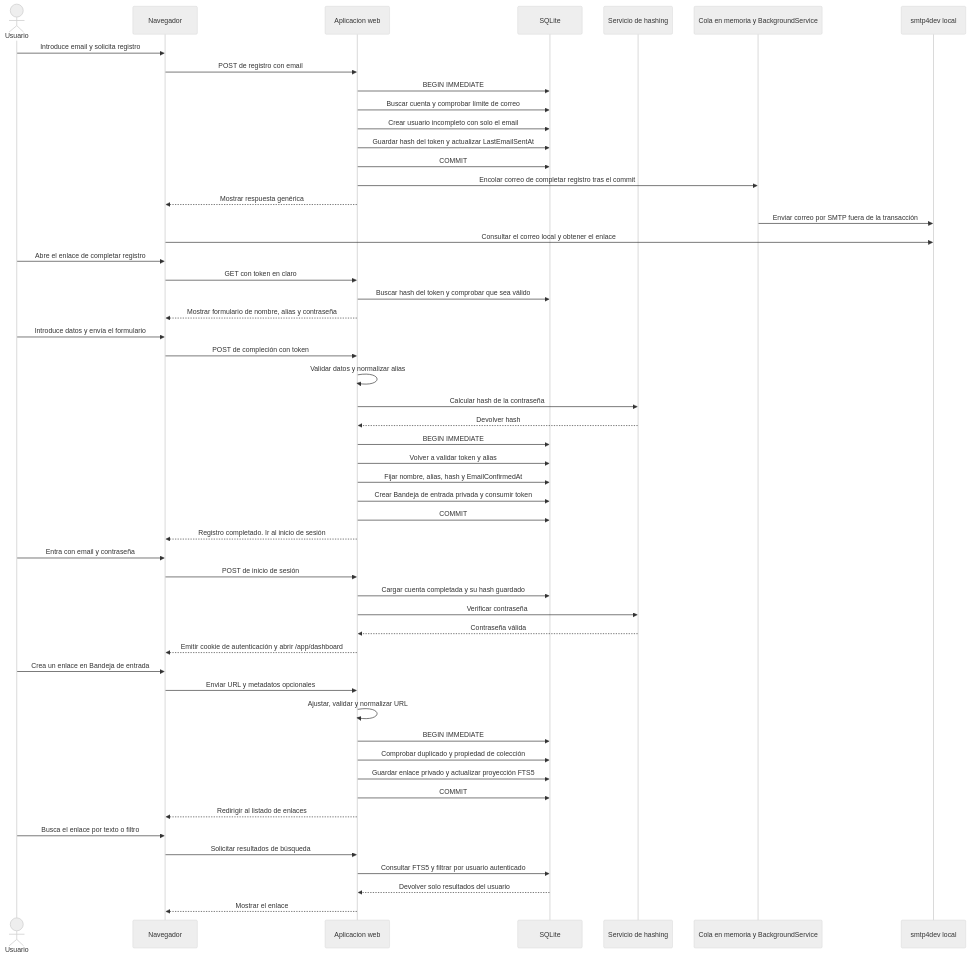
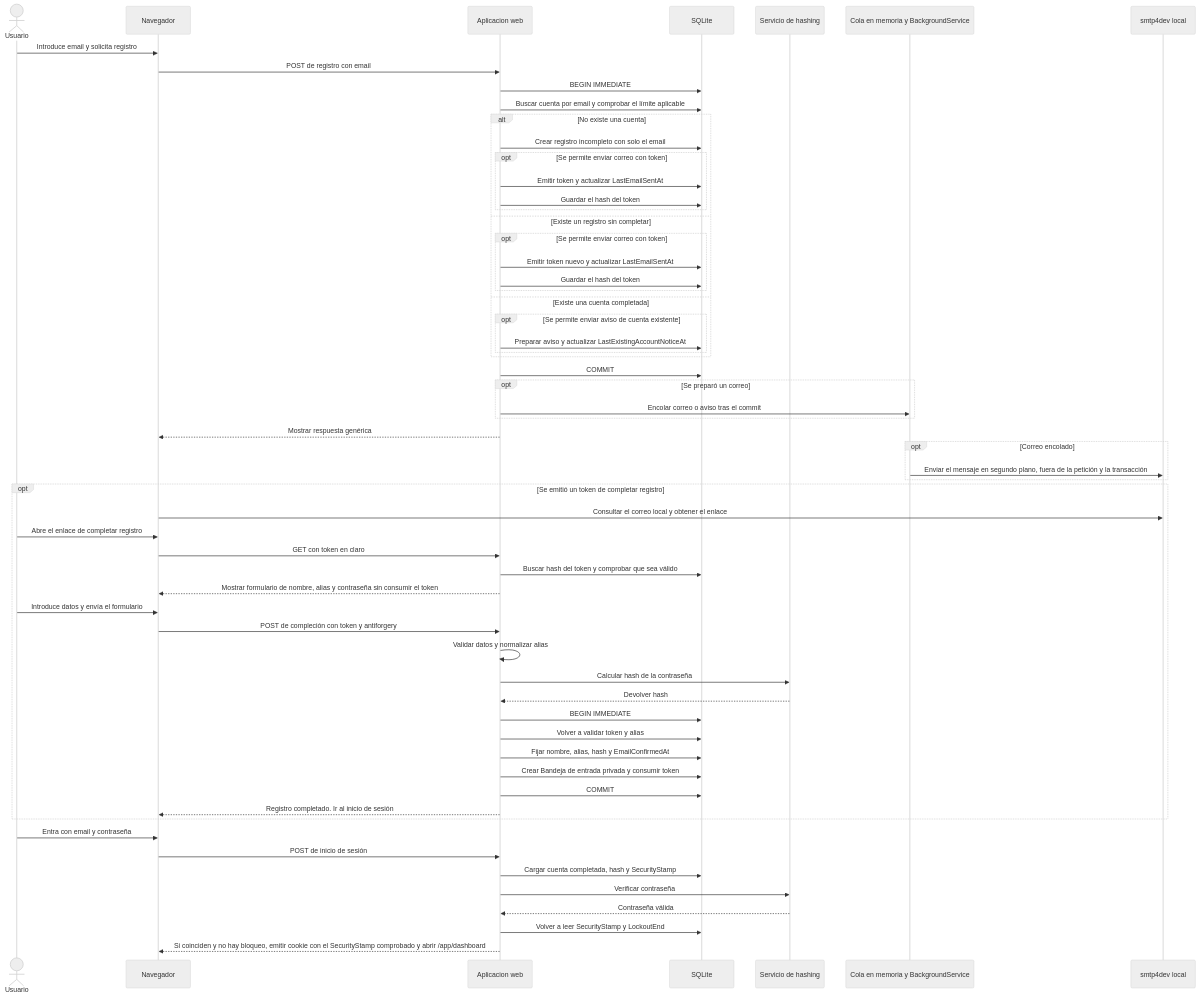
One commit to DaveSoftDev/Linkubator changed the diagram in context/diagrams/account-onboarding-sequence.md. Above: the diagram before and after it, drawn with Mermaid (neutral theme). The commit also changed other lines of this file and 29 other files, not shown here.

````diff
--- a/context/diagrams/account-onboarding-sequence.md
+++ b/context/diagrams/account-onboarding-sequence.md
@@ -5,60 +5,66 @@
 ```mermaid
 sequenceDiagram
     actor User as Usuario
     participant Browser as Navegador
     participant App as Aplicacion web
     participant DB as SQLite
     participant Hasher as Servicio de hashing
     participant MailQueue as Cola en memoria y BackgroundService
     participant SMTP as smtp4dev local
 
     User->>Browser: Introduce email y solicita registro
     Browser->>App: POST de registro con email
     App->>DB: BEGIN IMMEDIATE
-    App->>DB: Buscar cuenta y comprobar límite de correo
-    App->>DB: Crear usuario incompleto con solo el email
-    App->>DB: Guardar hash del token y actualizar LastEmailSentAt
+    App->>DB: Buscar cuenta por email y comprobar el límite aplicable
+    alt No existe una cuenta
+        App->>DB: Crear registro incompleto con solo el email
+        opt Se permite enviar correo con token
+            App->>DB: Emitir token y actualizar LastEmailSentAt
+            App->>DB: Guardar el hash del token
+        end
+    else Existe un registro sin completar
+        opt Se permite enviar correo con token
+            App->>DB: Emitir token nuevo y actualizar LastEmailSentAt
+            App->>DB: Guardar el hash del token
+        end
+    else Existe una cuenta completada
+        opt Se permite enviar aviso de cuenta existente
+            App->>DB: Preparar aviso y actualizar LastExistingAccountNoticeAt
+        end
+    end
     App->>DB: COMMIT
-    App->>MailQueue: Encolar correo de completar registro tras el commit
+    opt Se preparó un correo
+        App->>MailQueue: Encolar correo o aviso tras el commit
+    end
     App-->>Browser: Mostrar respuesta genérica
+    opt Correo encolado
+        MailQueue->>SMTP: Enviar el mensaje en segundo plano, fuera de la petición y la transacción
+    end
 
-    MailQueue->>SMTP: Enviar correo por SMTP fuera de la transacción
-    Browser->>SMTP: Consultar el correo local y obtener el enlace
-    User->>Browser: Abre el enlace de completar registro
-    Browser->>App: GET con token en claro
-    App->>DB: Buscar hash del token y comprobar que sea válido
-    App-->>Browser: Mostrar formulario de nombre, alias y contraseña
-    User->>Browser: Introduce datos y envía el formulario
-    Browser->>App: POST de compleción con token
-    App->>App: Validar datos y normalizar alias
-    App->>Hasher: Calcular hash de la contraseña
-    Hasher-->>App: Devolver hash
-    App->>DB: BEGIN IMMEDIATE
-    App->>DB: Volver a validar token y alias
-    App->>DB: Fijar nombre, alias, hash y EmailConfirmedAt
-    App->>DB: Crear Bandeja de entrada privada y consumir token
-    App->>DB: COMMIT
-    App-->>Browser: Registro completado. Ir al inicio de sesión
+    opt Se emitió un token de completar registro
+        Browser->>SMTP: Consultar el correo local y obtener el enlace
+        User->>Browser: Abre el enlace de completar registro
+        Browser->>App: GET con token en claro
+        App->>DB: Buscar hash del token y comprobar que sea válido
+        App-->>Browser: Mostrar formulario de nombre, alias y contraseña sin consumir el token
+        User->>Browser: Introduce datos y envía el formulario
+        Browser->>App: POST de compleción con token y antiforgery
+        App->>App: Validar datos y normalizar alias
+        App->>Hasher: Calcular hash de la contraseña
+        Hasher-->>App: Devolver hash
+        App->>DB: BEGIN IMMEDIATE
+        App->>DB: Volver a validar token y alias
+        App->>DB: Fijar nombre, alias, hash y EmailConfirmedAt
+        App->>DB: Crear Bandeja de entrada privada y consumir token
+        App->>DB: COMMIT
+        App-->>Browser: Registro completado. Ir al inicio de sesión
+    end
 
     User->>Browser: Entra con email y contraseña
     Browser->>App: POST de inicio de sesión
-    App->>DB: Cargar cuenta completada y su hash guardado
+    App->>DB: Cargar cuenta completada, hash y SecurityStamp
     App->>Hasher: Verificar contraseña
     Hasher-->>App: Contraseña válida
-    App-->>Browser: Emitir cookie de autenticación y abrir /app/dashboard
-
-    User->>Browser: Crea un enlace en Bandeja de entrada
-    Browser->>App: Enviar URL y metadatos opcionales
-    App->>App: Ajustar, validar y normalizar URL
-    App->>DB: BEGIN IMMEDIATE
-    App->>DB: Comprobar duplicado y propiedad de colección
-    App->>DB: Guardar enlace privado y actualizar proyección FTS5
-    App->>DB: COMMIT
-    App-->>Browser: Redirigir al listado de enlaces
-
-    User->>Browser: Busca el enlace por texto o filtro
-    Browser->>App: Solicitar resultados de búsqueda
-    App->>DB: Consultar FTS5 y filtrar por usuario autenticado
-    DB-->>App: Devolver solo resultados del usuario
-    App-->>Browser: Mostrar el enlace
+    App->>DB: Volver a leer SecurityStamp y LockoutEnd
+    App-->>Browser: Si coinciden y no hay bloqueo, emitir cookie con el SecurityStamp comprobado y abrir /app/dashboard
 ```
````
